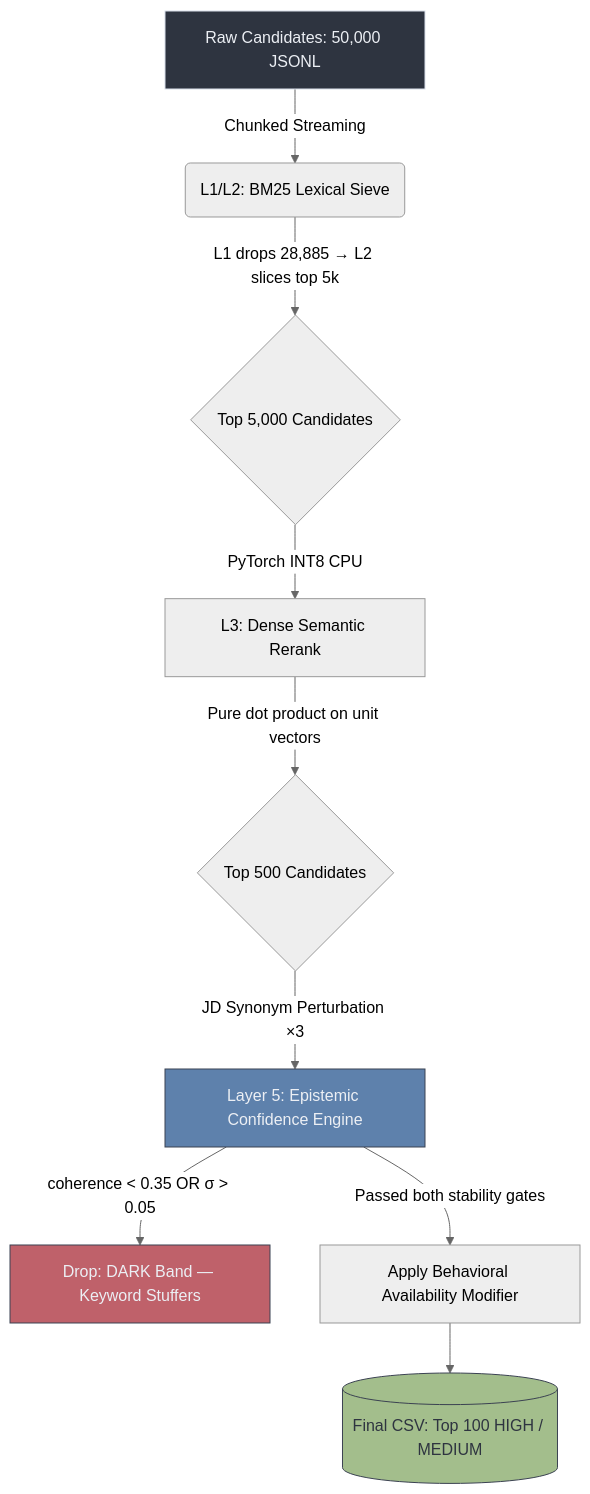
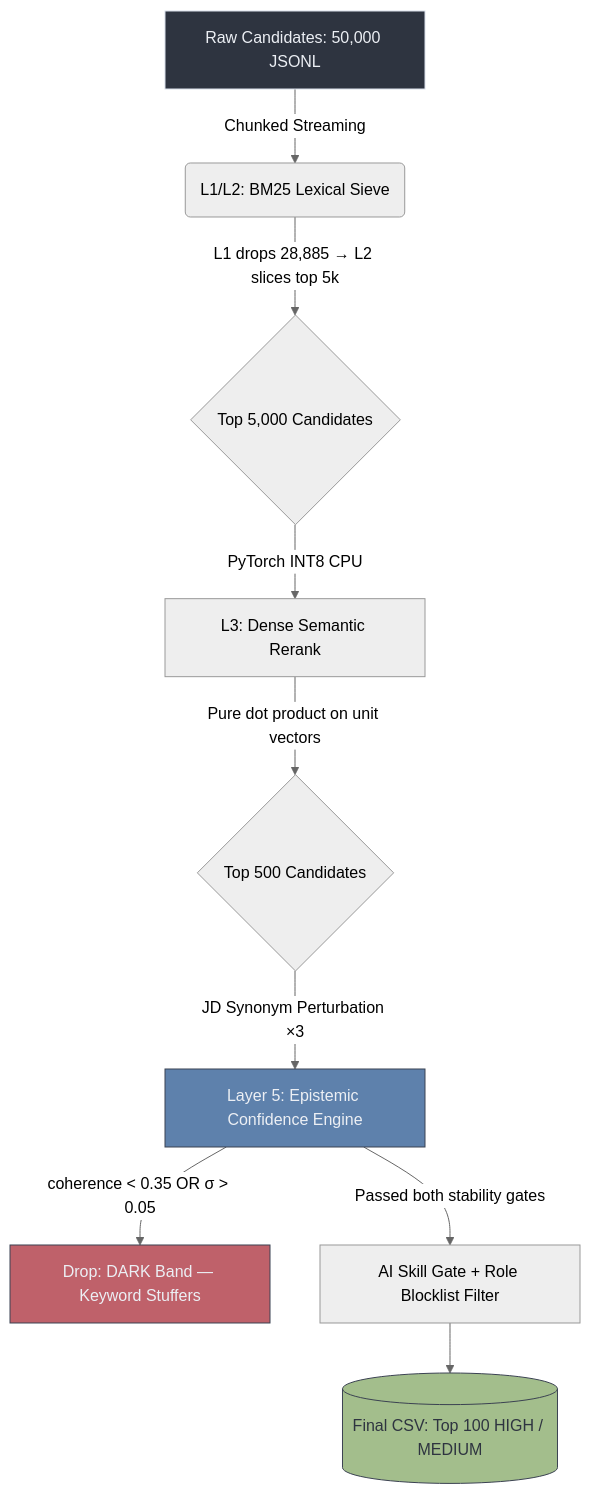
One commit to NITHIN4747/semantic-candidate-discovery-engine changed the diagram in README.md. Above: the diagram before and after it, drawn with Mermaid (neutral theme). The commit also changed other lines of this file and 4 other files, not shown here.

````diff
--- a/README.md
+++ b/README.md
@@ -39,20 +39,20 @@
 ```mermaid
 graph TD
     A["Raw Candidates: 50,000 JSONL"] -->|Chunked Streaming| B("L1/L2: BM25 Lexical Sieve")
     B -->|"L1 drops 28,885 → L2 slices top 5k"| C{"Top 5,000 Candidates"}
 
     C -->|PyTorch INT8 CPU| D["L3: Dense Semantic Rerank"]
     D -->|Pure dot product on unit vectors| E{"Top 500 Candidates"}
 
     E -->|"JD Synonym Perturbation ×3"| F["Layer 5: Epistemic Confidence Engine"]
 
     F -->|"coherence < 0.35 OR σ > 0.05"| G["Drop: DARK Band — Keyword Stuffers"]
-    F -->|Passed both stability gates| H["Apply Behavioral Availability Modifier"]
+    F -->|Passed both stability gates| H["AI Skill Gate + Role Blocklist Filter"]
 
     H --> I[("Final CSV: Top 100 HIGH / MEDIUM")]
 
     style A fill:#2e3440,stroke:#d8dee9,color:#eceff4
     style G fill:#bf616a,stroke:#3b4252,color:#eceff4
     style I fill:#a3be8c,stroke:#3b4252,color:#2e3440
     style F fill:#5e81ac,stroke:#3b4252,color:#eceff4
 ```
````
